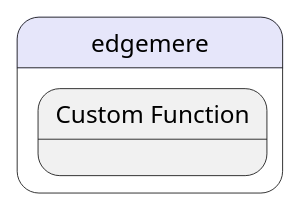
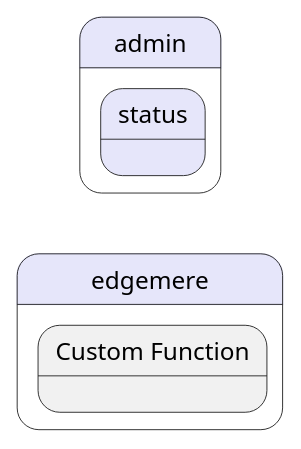
One commit to madajaju/edgemere changed the diagram in docs/edgemere/process.puml. Above: the diagram before and after it, drawn with PlantUML. The commit also changed 17 other files, not shown here.

```diff
--- a/docs/edgemere/process.puml
+++ b/docs/edgemere/process.puml
@@ -1,16 +1,22 @@
 @startuml
 left to right direction
 
 
 
 
 state "edgemere" as pstatename #lavender {
     state "Custom Function" as edgemerefunction {
     }
 }
 
+        state "admin" as admin #lavender {
+state "status" as adminstatus #lavender {
+}
+}
+
+
 
 
 
 
 @enduml
```
